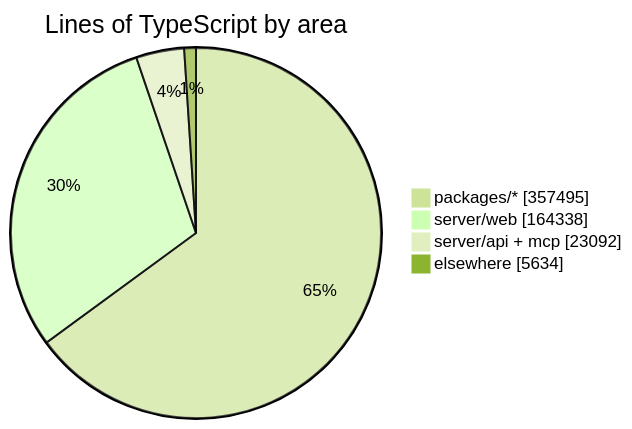
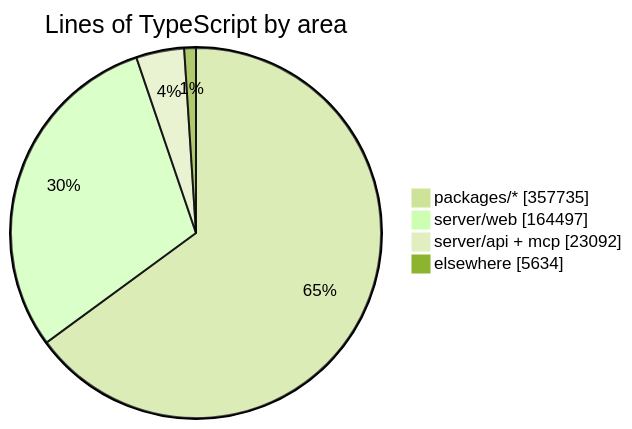
The diagram in README.md (crossworks-engineering/mantle), drawn with Mermaid (forest theme) before and after one commit. The commit also changed other lines of this file and 2 other files, not shown here.

````diff
--- a/README.md
+++ b/README.md
@@ -294,7 +294,7 @@
 ```mermaid
 pie showData title Lines of TypeScript by area
-    "packages/*" : 357495
-    "server/web" : 164338
+    "packages/*" : 357735
+    "server/web" : 164497
     "server/api + mcp" : 23092
     "elsewhere" : 5634
 ```
````
